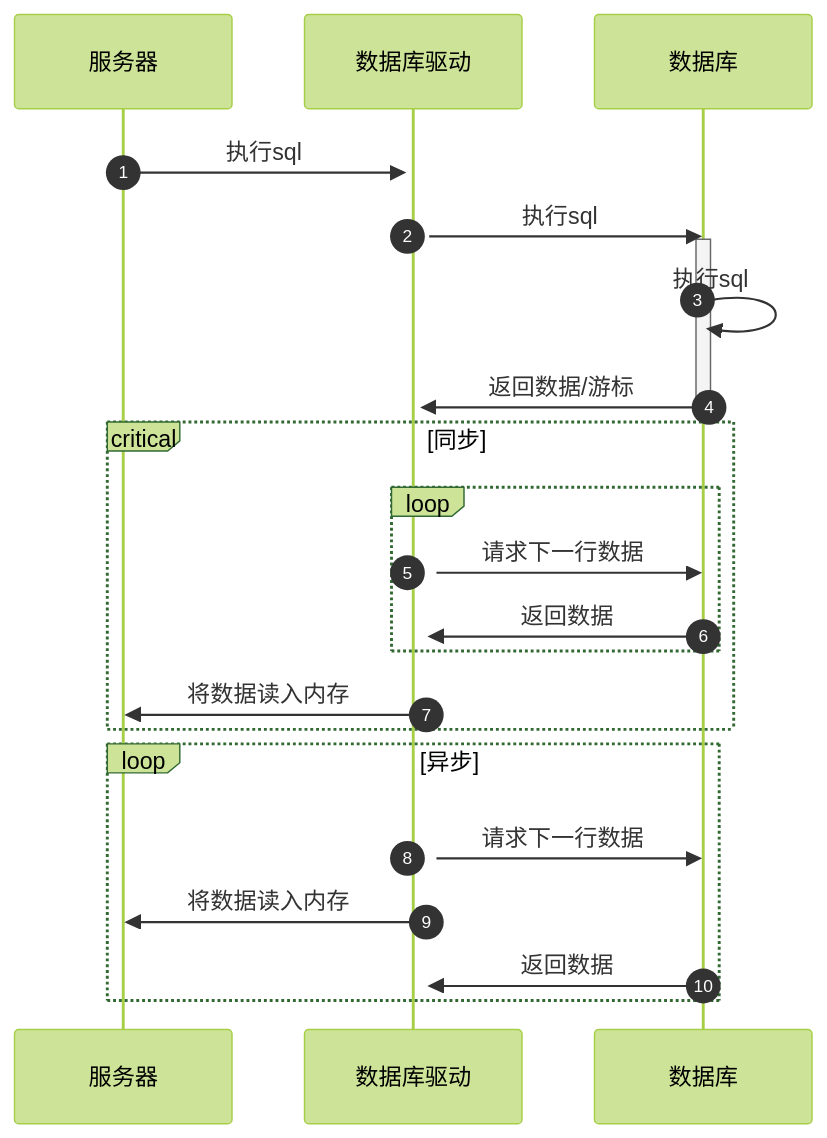
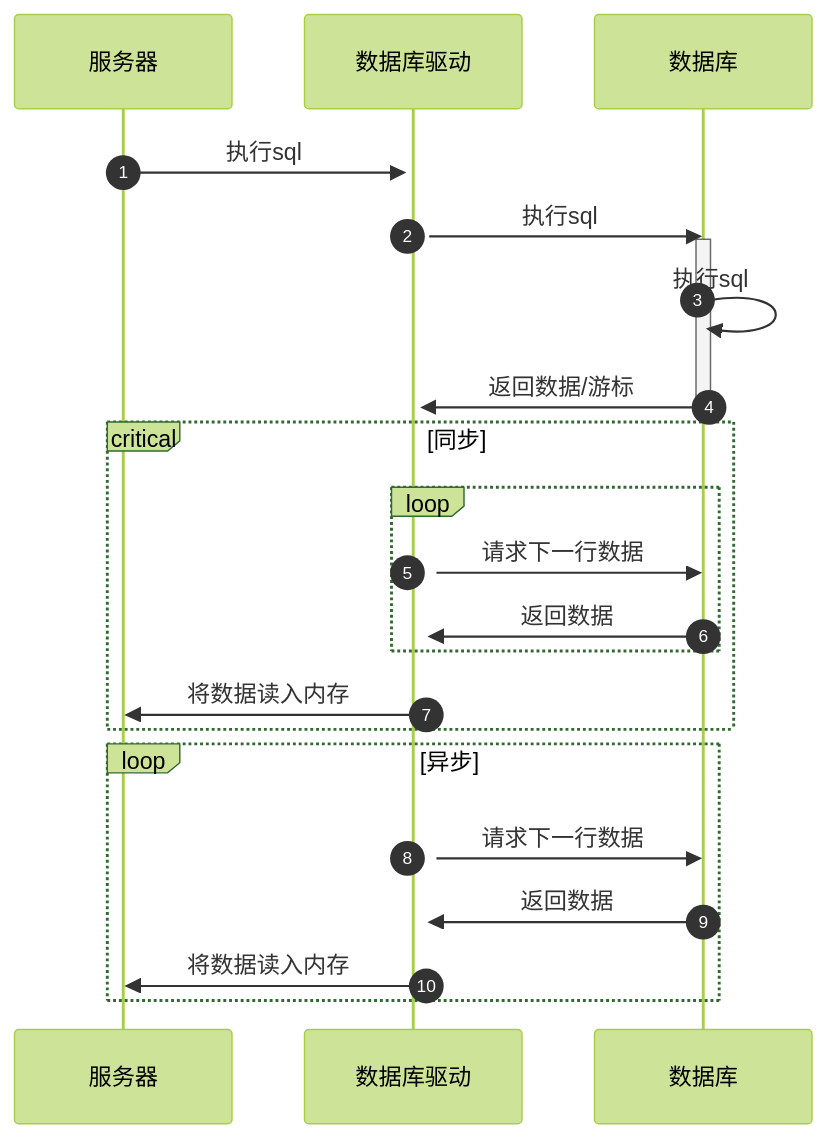
The diagram in all/AI-服务查询数据.md (HY-10-8/iodraw-files), drawn with Mermaid (forest theme) before and after one commit. The commit also changed other lines of this file, not shown here.

````diff
--- a/all/AI-服务查询数据.md
+++ b/all/AI-服务查询数据.md
@@ -1,26 +1,26 @@
 ```mermaid
 sequenceDiagram
     autonumber
     服务器->>+数据库驱动: 执行sql
     数据库驱动->>数据库:执行sql
 
     activate 数据库
     数据库->>数据库: 执行sql
     数据库->>+数据库驱动: 返回数据/游标
     deactivate 数据库
 
     critical 同步
         loop 
             数据库驱动->>数据库: 请求下一行数据
             数据库->>数据库驱动: 返回数据
         end
         数据库驱动->>服务器: 将数据读入内存
     end
 
     loop 异步
         数据库驱动->>数据库: 请求下一行数据
+        数据库->>数据库驱动: 返回数据
         数据库驱动->>服务器: 将数据读入内存
-        数据库->>数据库驱动: 返回数据
     end
 
 ```
````
